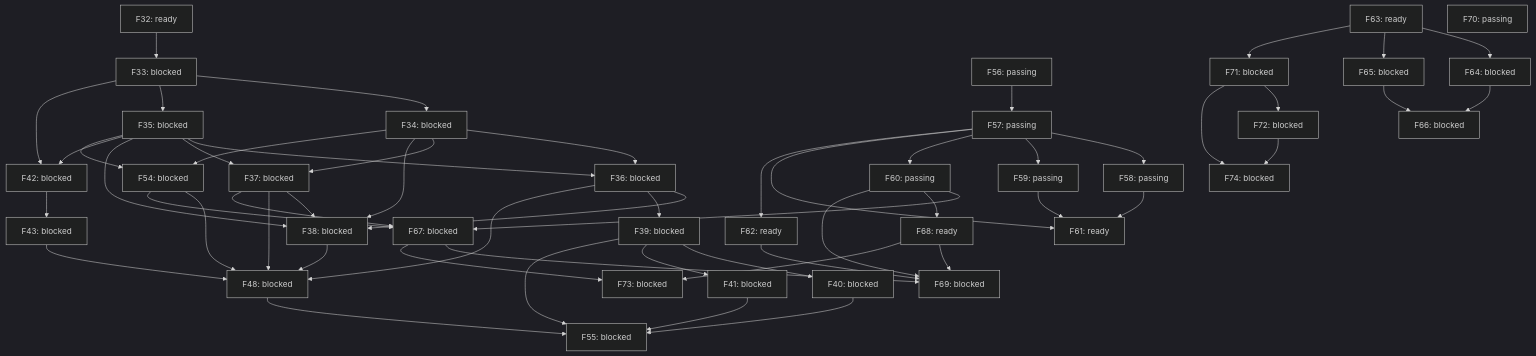
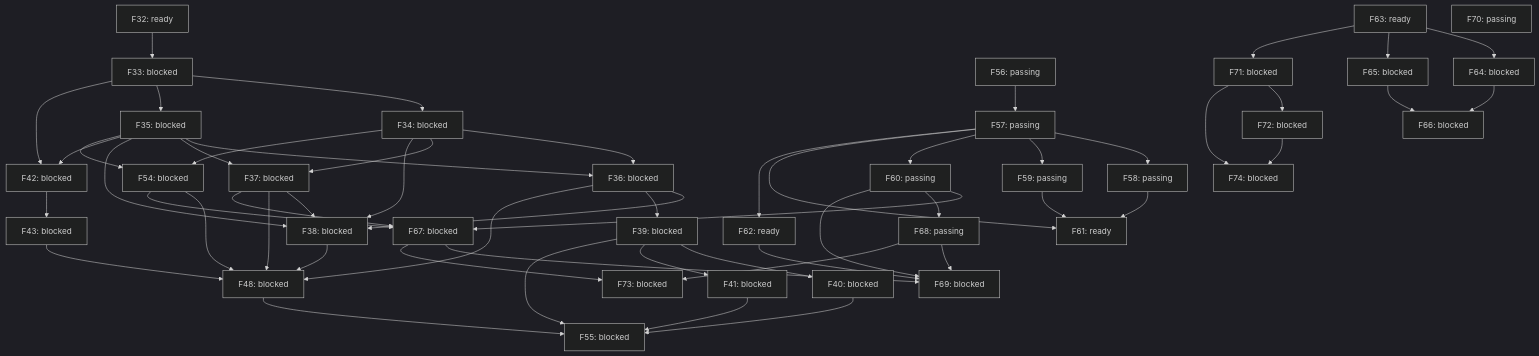
The diagram in docs/roadmap-graph.md (alex-nax/rengine), drawn with Mermaid (dark theme) before and after one commit. The commit also changed other lines of this file and 47 other files, not shown here.

```diff
--- a/docs/roadmap-graph.md
+++ b/docs/roadmap-graph.md
@@ -76,7 +76,7 @@
   F60 --> F67
   F37 --> F67
   F54 --> F67
-  F68["F68: ready"]
+  F68["F68: passing"]
   F60 --> F68
   F69["F69: blocked"]
   F60 --> F69
```
